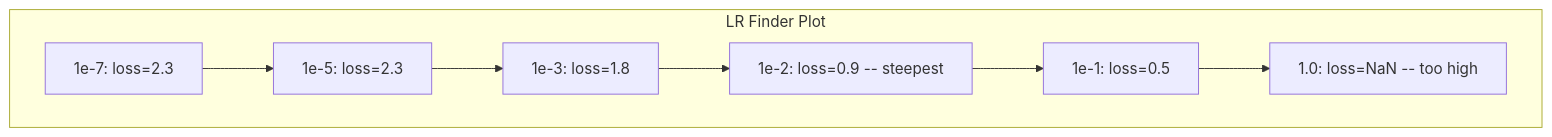
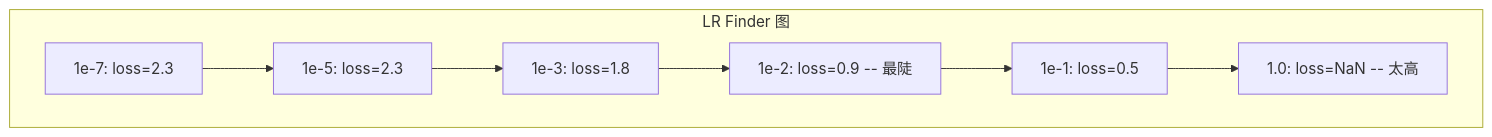
Before and after one commit to JerryC8080/ai-engineering-from-scratch-zh: the fifth of 5 diagrams in phases/03-deep-learning-core/13-debugging-neural-networks/docs/zh.md, drawn with Mermaid. The commit also changed other lines of this file and 156 other files, not shown here.

First line of the commit message:
i18n(zh): translate mermaid diagram labels in 157 lesson zh.md

````diff
--- a/phases/03-deep-learning-core/13-debugging-neural-networks/docs/zh.md
+++ b/phases/03-deep-learning-core/13-debugging-neural-networks/docs/zh.md
@@ -168,11 +168,11 @@
 ```mermaid
 graph TD
-    subgraph "LR Finder Plot"
+    subgraph "LR Finder 图"
         direction LR
         A["1e-7: loss=2.3"] --> B["1e-5: loss=2.3"]
         B --> C["1e-3: loss=1.8"]
-        C --> D["1e-2: loss=0.9 -- steepest"]
+        C --> D["1e-2: loss=0.9 -- 最陡"]
         D --> E["1e-1: loss=0.5"]
-        E --> F["1.0: loss=NaN -- too high"]
+        E --> F["1.0: loss=NaN -- 太高"]
     end
 ```
````
